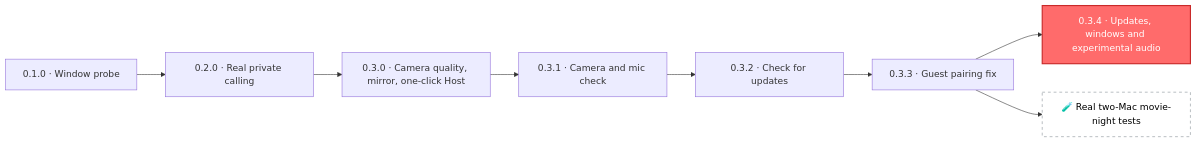
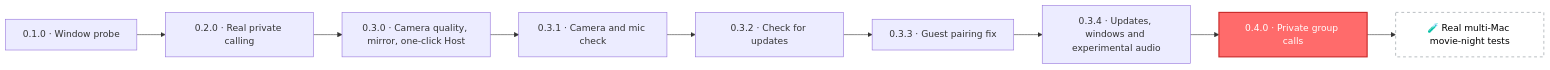
The seventh of 7 diagrams in README.md (CemSarp/ZoomTime), drawn with Mermaid before and after one commit. The commit also changed other lines of this file and 50 other files, not shown here.

Commit message:
Add five-person group calls and prepare v0.4.0 prerelease

````diff
--- a/README.md
+++ b/README.md
@@ -293,13 +298,14 @@
 ```mermaid
 flowchart LR
     V1["0.1.0 · Window probe"] --> V2["0.2.0 · Real private calling"]
     V2 --> V3["0.3.0 · Camera quality, mirror, one-click Host"]
     V3 --> V31["0.3.1 · Camera and mic check"]
     V31 --> V32["0.3.2 · Check for updates"]
     V32 --> V33["0.3.3 · Guest pairing fix"]
-    V33 --> V34["0.3.4 · Updates, windows and experimental audio"]:::now
-    V33 --> NEXT["🧪 Real two-Mac movie-night tests"]:::next
+    V33 --> V34["0.3.4 · Updates, windows and experimental audio"]
+    V34 --> V40["0.4.0 · Private group calls"]:::now
+    V40 --> NEXT["🧪 Real multi-Mac movie-night tests"]:::next
 
     classDef now fill:#ff6b6b,stroke:#c92a2a,color:#fff,stroke-width:2px
     classDef next fill:#fff,stroke:#868e96,color:#000,stroke-dasharray: 5 5
 ```
````
